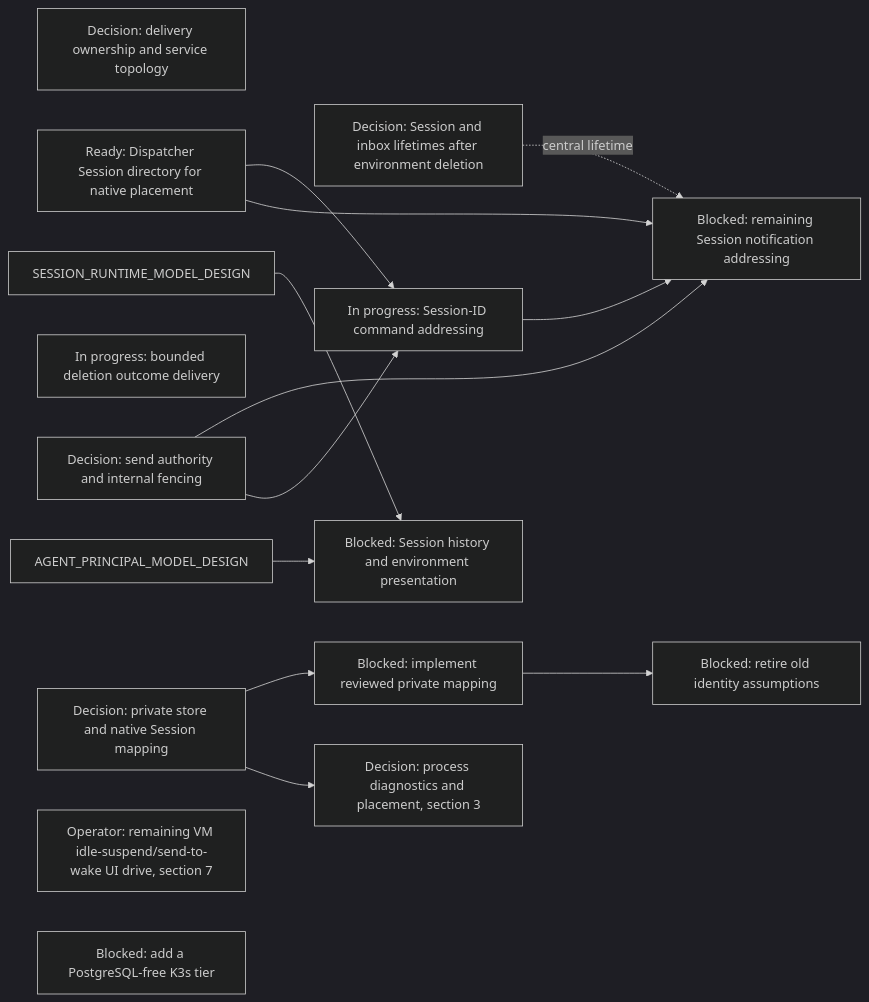
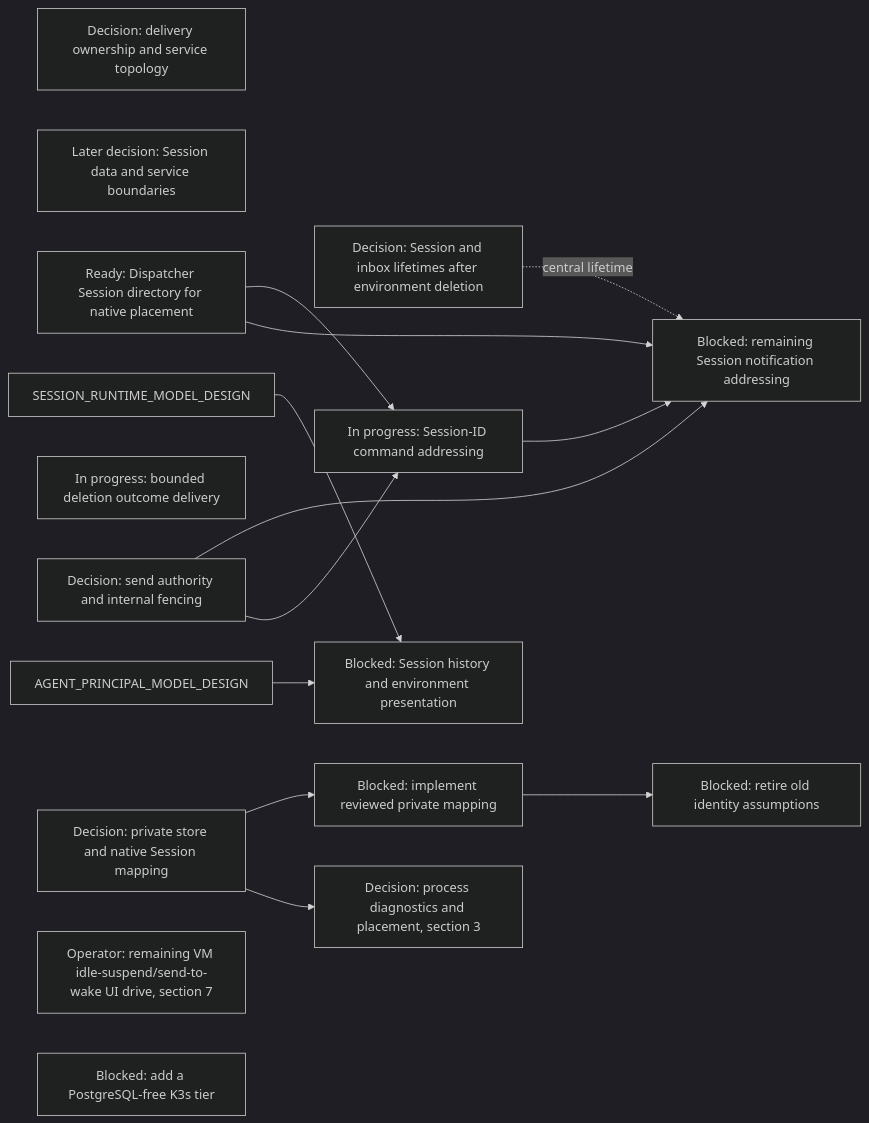
Before and after one commit to agentydragon/ducktape: diagram 14 of 17 in agentplane/plans/task_dag.md, drawn with Mermaid (dark theme). The commit also changed other lines of this file and 1 other file, not shown here.

Commit message:
Plan Session data ownership and independent lifetimes

````diff
--- a/agentplane/plans/task_dag.md
+++ b/agentplane/plans/task_dag.md
@@ -2044,28 +2044,29 @@
 ```mermaid
 flowchart LR
     DISPATCHER_PERSISTENCE_MODEL_DESIGN[Decision: delivery ownership and service topology]
+    SESSION_DATA_OWNERSHIP_DESIGN[Later decision: Session data and service boundaries]
     SESSION_DIRECTORY_NATIVE[Ready: Dispatcher Session directory for native placement]
     DELIVERY_DESTINATION_AUTHORITY_DESIGN[Decision: send authority and internal fencing]
     SESSION_DELETION_FENCE[In progress: bounded deletion outcome delivery]
     SESSION_AND_INBOX_LIFETIME[Decision: Session and inbox lifetimes after environment deletion]
     DELIVERY_DESTINATION_CONTRACT[In progress: Session-ID command addressing]
     SESSION_NOTIFICATION_ADDRESS[Blocked: remaining Session notification addressing]
     SESSION_HISTORY_PRESENTATION[Blocked: Session history and environment presentation]
     SESSION_DIRECTORY_NATIVE --> DELIVERY_DESTINATION_CONTRACT
     SESSION_DIRECTORY_NATIVE --> SESSION_NOTIFICATION_ADDRESS
     DELIVERY_DESTINATION_AUTHORITY_DESIGN --> SESSION_NOTIFICATION_ADDRESS
     DELIVERY_DESTINATION_CONTRACT --> SESSION_NOTIFICATION_ADDRESS
     SESSION_AND_INBOX_LIFETIME -. central lifetime .-> SESSION_NOTIFICATION_ADDRESS
     SESSION_RUNTIME_MODEL_DESIGN --> SESSION_HISTORY_PRESENTATION
     AGENT_PRINCIPAL_MODEL_DESIGN --> SESSION_HISTORY_PRESENTATION
     HARNESS_IDENTITY_DESIGN[Decision: private store and native Session mapping]
     RUNNER_STORE_SESSION_IDENTITY[Blocked: implement reviewed private mapping]
     RUNNER_IDENTITY_LEGACY_CLEANUP[Blocked: retire old identity assumptions]
     IDLE_SUSPEND_UI_DRIVE[Operator: remaining VM idle-suspend/send-to-wake UI drive, section 7]
     RUNNER_HARNESS_OBJECTS_DESIGN[Decision: process diagnostics and placement, section 3]
     CNPG_FREE_K3S_INTEGRATION_TIER[Blocked: add a PostgreSQL-free K3s tier]
     DELIVERY_DESTINATION_AUTHORITY_DESIGN --> DELIVERY_DESTINATION_CONTRACT
     RUNNER_STORE_SESSION_IDENTITY --> RUNNER_IDENTITY_LEGACY_CLEANUP
     HARNESS_IDENTITY_DESIGN --> RUNNER_STORE_SESSION_IDENTITY
     HARNESS_IDENTITY_DESIGN --> RUNNER_HARNESS_OBJECTS_DESIGN
 ```
````
